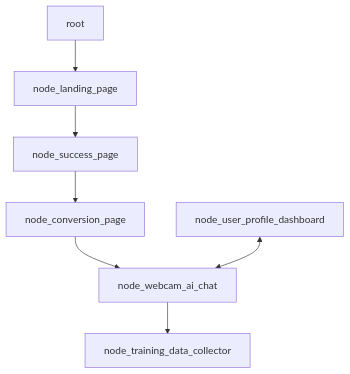
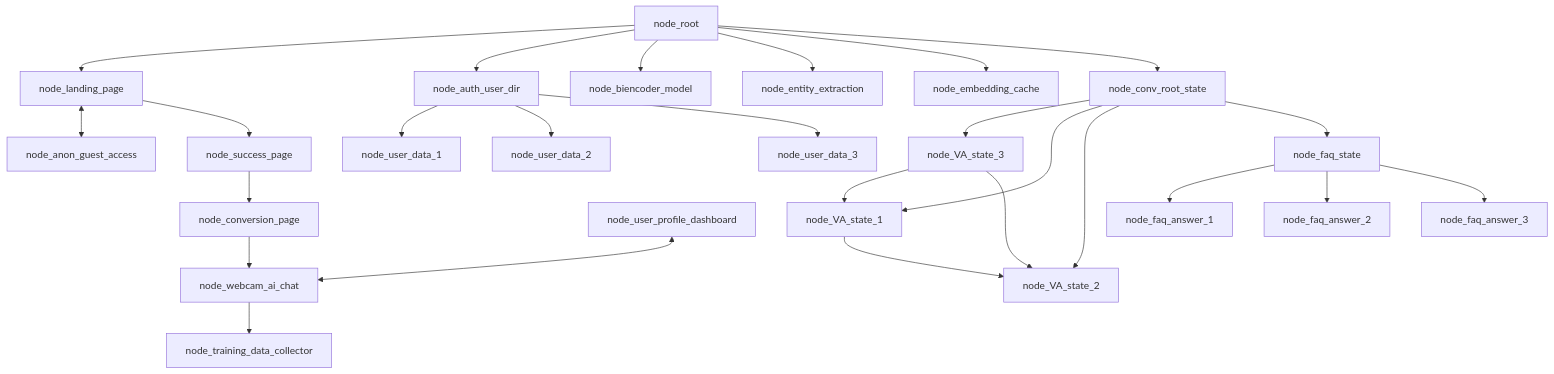
The first of 2 diagrams in README.md (WrappedUsername/doggy-decoder-jac), drawn with Mermaid before and after one commit.

````diff
--- a/README.md
+++ b/README.md
@@ -19,9 +19,28 @@
 ```mermaid
 graph TD;
-    root-->node_landing_page
+    node_root-->node_landing_page
+    node_landing_page<-->node_anon_guest_access
     node_landing_page-->node_success_page
     node_success_page-->node_conversion_page
     node_conversion_page-->node_webcam_ai_chat
     node_user_profile_dashboard<-->node_webcam_ai_chat
     node_webcam_ai_chat-->node_training_data_collector
+    node_root-->node_auth_user_dir
+    node_root-->node_biencoder_model
+    node_root-->node_entity_extraction
+    node_root-->node_embedding_cache
+    node_root-->node_conv_root_state
+    node_conv_root_state-->node_VA_state_3
+    node_VA_state_3-->node_VA_state_1
+    node_VA_state_3-->node_VA_state_2
+    node_VA_state_1-->node_VA_state_2
+    node_conv_root_state-->node_VA_state_1
+    node_conv_root_state-->node_VA_state_2
+    node_conv_root_state-->node_faq_state
+    node_faq_state-->node_faq_answer_1
+    node_faq_state-->node_faq_answer_2
+    node_faq_state-->node_faq_answer_3
+    node_auth_user_dir-->node_user_data_1
+    node_auth_user_dir-->node_user_data_2
+    node_auth_user_dir-->node_user_data_3
 ```
````
